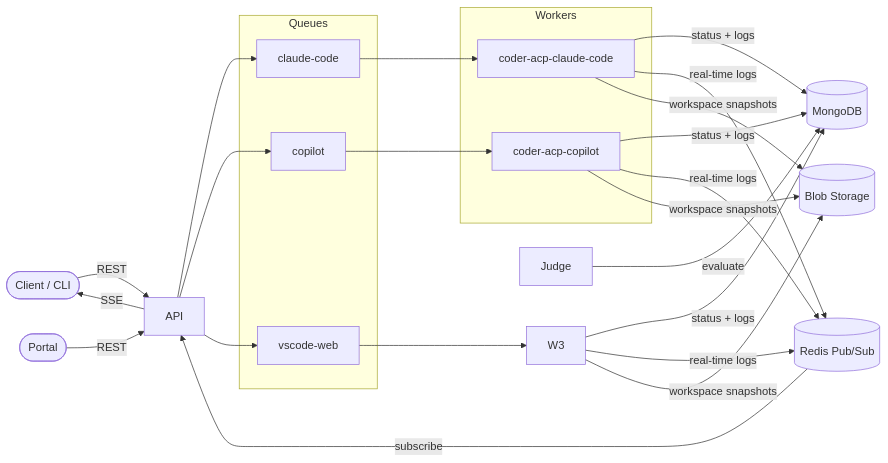
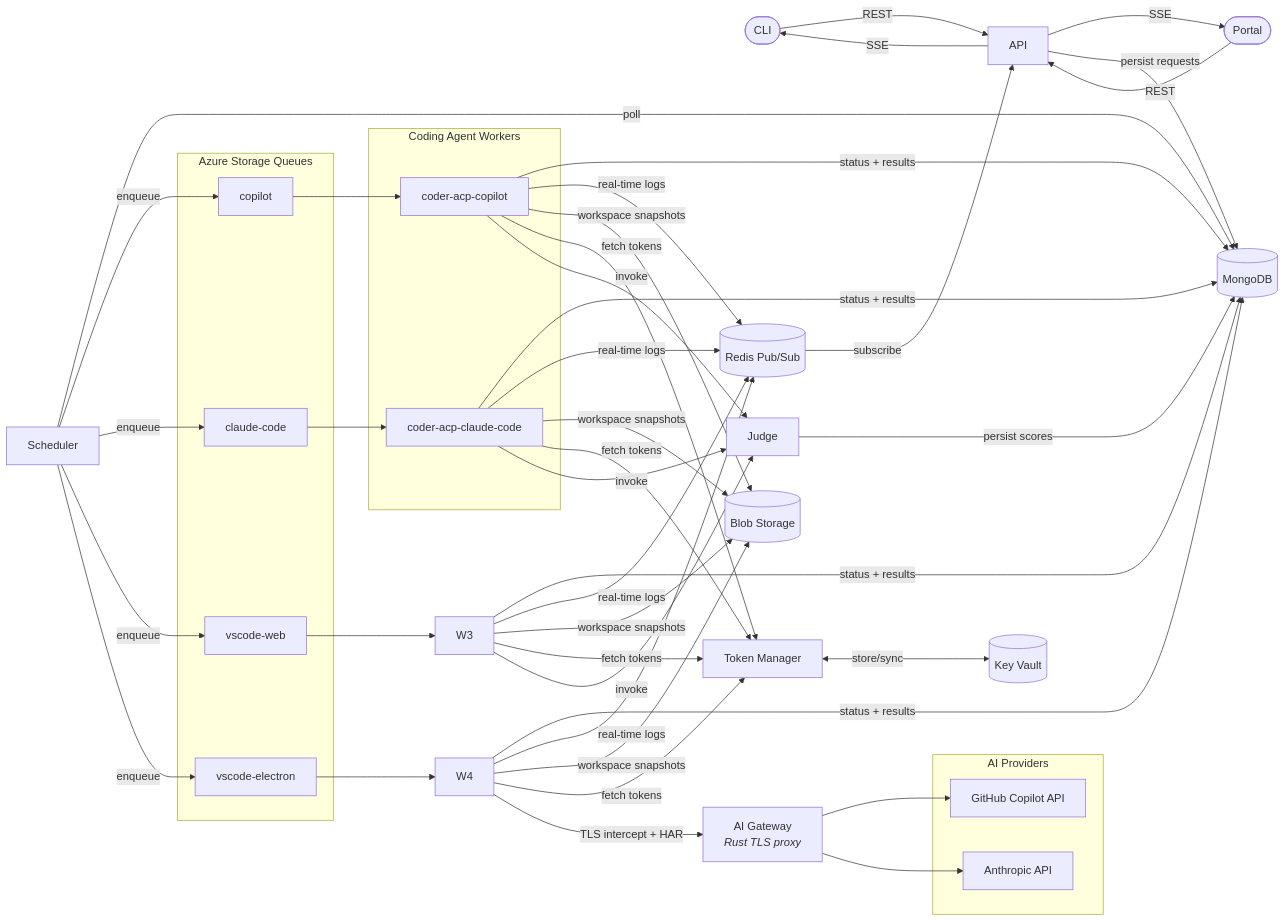
Before and after one commit to Gile987/scope: the diagram in README.md, drawn with Mermaid. The commit also changed other lines of this file, not shown here.

First line of the commit message:
docs(readme): refresh components, architecture diagram, and project structure

````diff
--- a/README.md
+++ b/README.md
@@ -19,35 +27,55 @@
 ```mermaid
 flowchart LR
-    Client([Client / CLI])
+    Client([CLI])
     Portal([Portal])
     API[API]
     Judge[Judge]
+    Scheduler[Scheduler]
+    GW["AI Gateway<br/><i>Rust TLS proxy</i>"]
+    TM[Token Manager]
 
-    subgraph Queues
-        Q1[claude-code]
-        Q2[copilot]
+    subgraph Queues["Azure Storage Queues"]
+        Q1[copilot]
+        Q2[claude-code]
         Q3[vscode-web]
+        Q4[vscode-electron]
     end
 
-    subgraph Workers
-        W1[coder-acp-claude-code]
-        W2[coder-acp-copilot]
+    subgraph Workers["Coding Agent Workers"]
+        W1[coder-acp-copilot]
+        W2[coder-acp-claude-code]
+    end
+
+    subgraph AI["AI Providers"]
+        Copilot[GitHub Copilot API]
+        Anthropic[Anthropic API]
     end
 
     MongoDB[(MongoDB)]
     Redis[(Redis Pub/Sub)]
     Blob[(Blob Storage)]
+    KV[(Key Vault)]
 
     Client -->|REST| API
     Portal -->|REST| API
     API -->|SSE| Client
-    API --> Q1 & Q2 & Q3
+    API -->|SSE| Portal
+    API -->|persist requests| MongoDB
+    Scheduler -->|poll| MongoDB
+    Scheduler -->|enqueue| Q1 & Q2 & Q3 & Q4
     Q1 --> W1
     Q2 --> W2
     Q3 --> W3
-    W1 & W2 & W3 -->|status + logs| MongoDB
-    W1 & W2 & W3 -->|real-time logs| Redis
-    W1 & W2 & W3 -->|workspace snapshots| Blob
+    Q4 --> W4
+    W1 & W2 & W3 & W4 -->|status + results| MongoDB
+    W1 & W2 & W3 & W4 -->|real-time logs| Redis
+    W1 & W2 & W3 & W4 -->|workspace snapshots| Blob
+    W1 & W2 & W3 & W4 -->|fetch tokens| TM
+    TM <-->|store/sync| KV
+    W4 -->|TLS intercept + HAR| GW
+    GW --> Copilot
+    GW --> Anthropic
+    W1 & W2 & W3 -->|invoke| Judge
+    Judge -->|persist scores| MongoDB
     Redis -->|subscribe| API
-    Judge -->|evaluate| MongoDB
 ```
````
